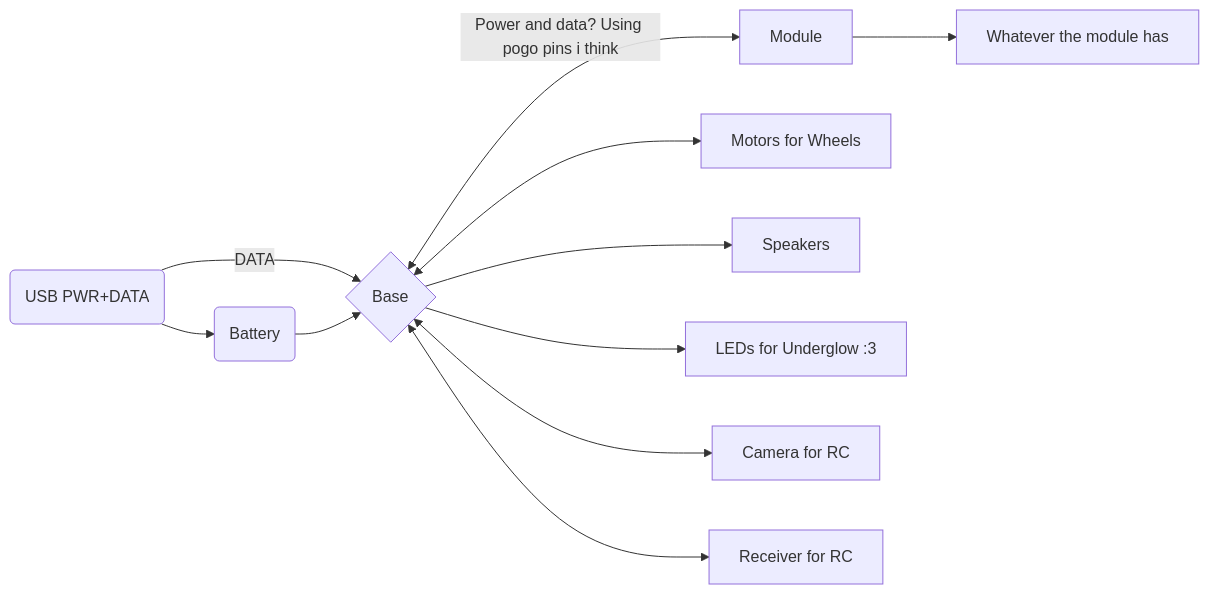
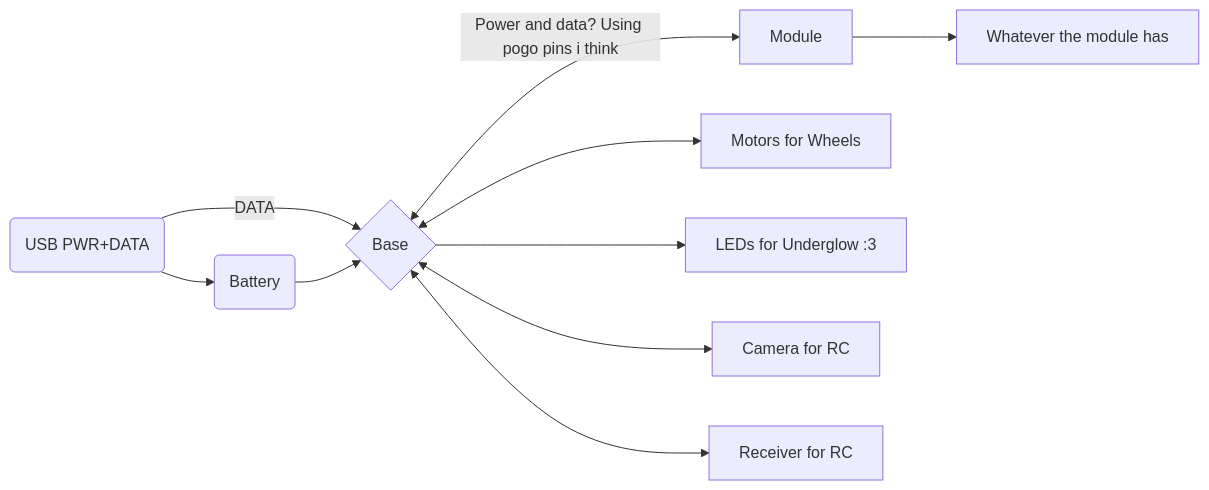
Before and after one commit to V3NCO/OrphKart: the diagram in JOURNAL.md, drawn with Mermaid. The commit also changed other lines of this file and 3 other files, not shown here.

````diff
--- a/JOURNAL.md
+++ b/JOURNAL.md
@@ -24,28 +24,28 @@
 ```mermaid
 flowchart LR
     BASE{"Base"}
     MOD["Module"]
     USB("USB PWR+DATA")
     BAT("Battery")
     MOD_DEV["Whatever the module has"]
     WHL["Motors for Wheels"]
-    SOUND["Speakers"]
+    %% SOUND["Speakers"]
     UNDGLOW["LEDs for Underglow :3"]
     CAM[Camera for RC]
     RC[Receiver for RC]
     
     
     USB -->|"DATA"| BASE
     USB --> BAT
     BAT --> BASE
     
     BASE <-->|"Power and data? Using pogo pins i think"| MOD
     BASE <--> WHL
-    BASE --> SOUND
+    %% BASE --> SOUND
     BASE --> UNDGLOW
     BASE <--> CAM
     BASE <--> RC
     
     
     MOD --> MOD_DEV
 ```
````
